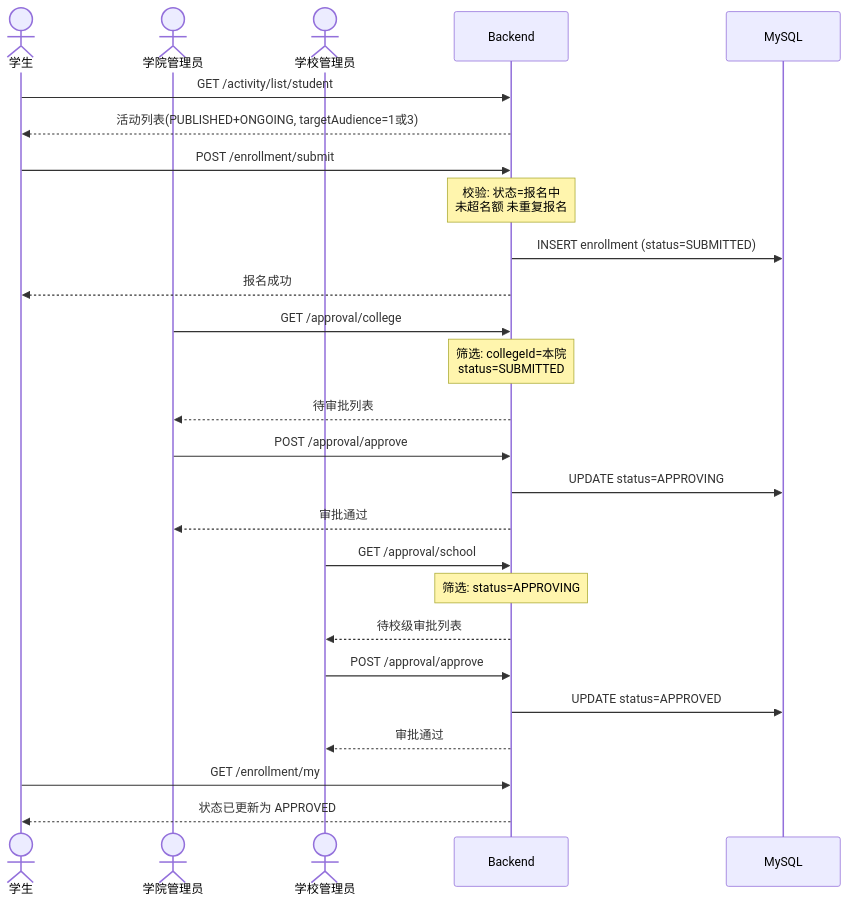
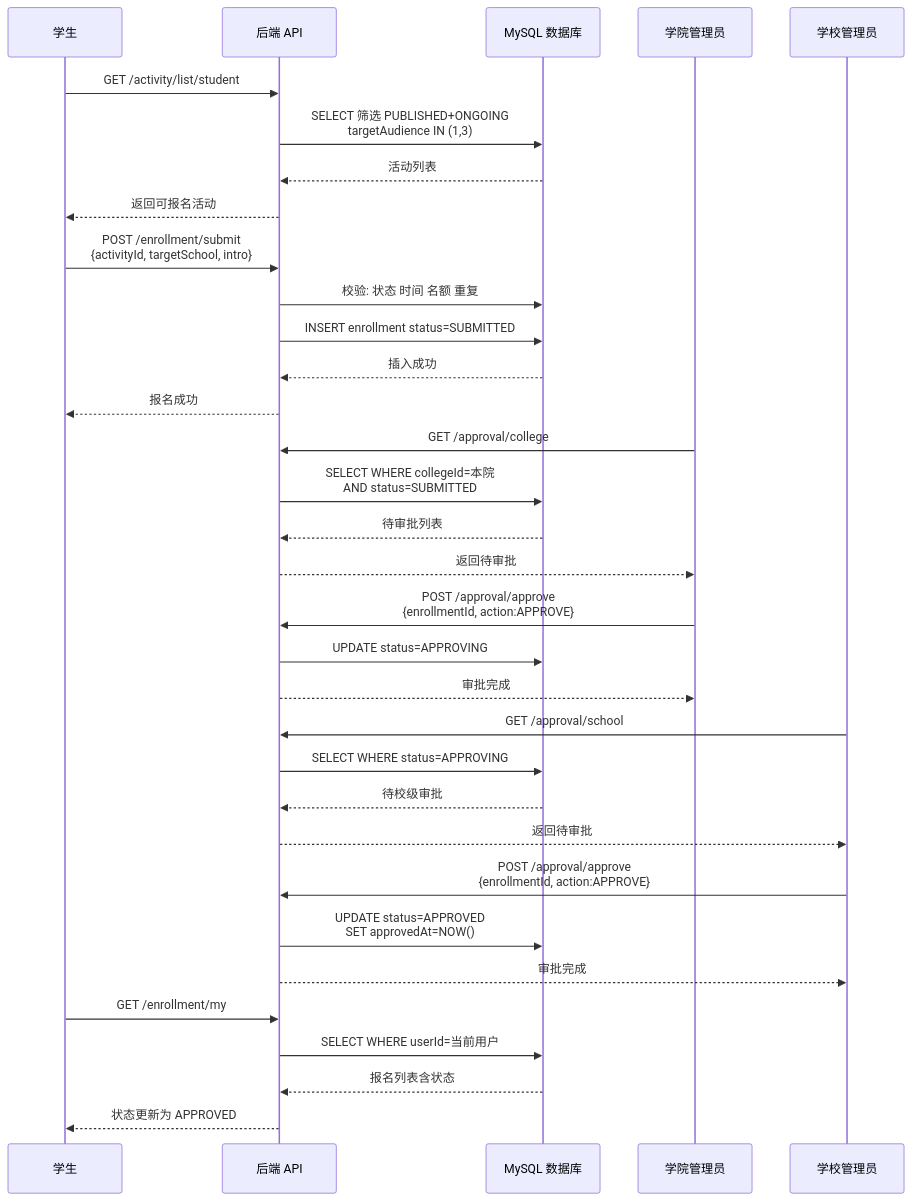
The sixth of 6 diagrams in doc/architecture.md (spider-freedom/enrollment-platform), drawn with Mermaid before and after one commit. The commit also changed other lines of this file, not shown here.

Commit message:
docs: 架构图优化-去除图标+技术栈细化到模块级+图表排版美化

````diff
--- a/doc/architecture.md
+++ b/doc/architecture.md
@@ -269,33 +324,42 @@
 ```mermaid
 sequenceDiagram
-    actor Student as 学生
-    actor ColAdmin as 学院管理员
-    actor SchAdmin as 学校管理员
+    participant Student as 学生
+    participant Backend as 后端 API
+    participant MySQL as MySQL 数据库
+    participant ColAdmin as 学院管理员
+    participant SchAdmin as 学校管理员
 
     Student->>Backend: GET /activity/list/student
-    Backend-->>Student: 活动列表(PUBLISHED+ONGOING, targetAudience=1或3)
+    Backend->>MySQL: SELECT 筛选 PUBLISHED+ONGOING<br/>targetAudience IN (1,3)
+    MySQL-->>Backend: 活动列表
+    Backend-->>Student: 返回可报名活动
 
-    Student->>Backend: POST /enrollment/submit
-    Note over Backend: 校验: 状态=报名中<br/>未超名额 未重复报名
-    Backend->>MySQL: INSERT enrollment (status=SUBMITTED)
+    Student->>Backend: POST /enrollment/submit<br/>{activityId, targetSchool, intro}
+    Backend->>MySQL: 校验: 状态 时间 名额 重复
+    Backend->>MySQL: INSERT enrollment status=SUBMITTED
+    MySQL-->>Backend: 插入成功
     Backend-->>Student: 报名成功
 
     ColAdmin->>Backend: GET /approval/college
-    Note over Backend: 筛选: collegeId=本院<br/>status=SUBMITTED
-    Backend-->>ColAdmin: 待审批列表
+    Backend->>MySQL: SELECT WHERE collegeId=本院<br/>AND status=SUBMITTED
+    MySQL-->>Backend: 待审批列表
+    Backend-->>ColAdmin: 返回待审批
 
-    ColAdmin->>Backend: POST /approval/approve
+    ColAdmin->>Backend: POST /approval/approve<br/>{enrollmentId, action:APPROVE}
     Backend->>MySQL: UPDATE status=APPROVING
-    Backend-->>ColAdmin: 审批通过
+    Backend-->>ColAdmin: 审批完成
 
     SchAdmin->>Backend: GET /approval/school
-    Note over Backend: 筛选: status=APPROVING
-    Backend-->>SchAdmin: 待校级审批列表
+    Backend->>MySQL: SELECT WHERE status=APPROVING
+    MySQL-->>Backend: 待校级审批
+    Backend-->>SchAdmin: 返回待审批
 
-    SchAdmin->>Backend: POST /approval/approve
-    Backend->>MySQL: UPDATE status=APPROVED
-    Backend-->>SchAdmin: 审批通过
+    SchAdmin->>Backend: POST /approval/approve<br/>{enrollmentId, action:APPROVE}
+    Backend->>MySQL: UPDATE status=APPROVED<br/>SET approvedAt=NOW()
+    Backend-->>SchAdmin: 审批完成
 
     Student->>Backend: GET /enrollment/my
-    Backend-->>Student: 状态已更新为 APPROVED
+    Backend->>MySQL: SELECT WHERE userId=当前用户
+    MySQL-->>Backend: 报名列表含状态
+    Backend-->>Student: 状态更新为 APPROVED
 ```
````
